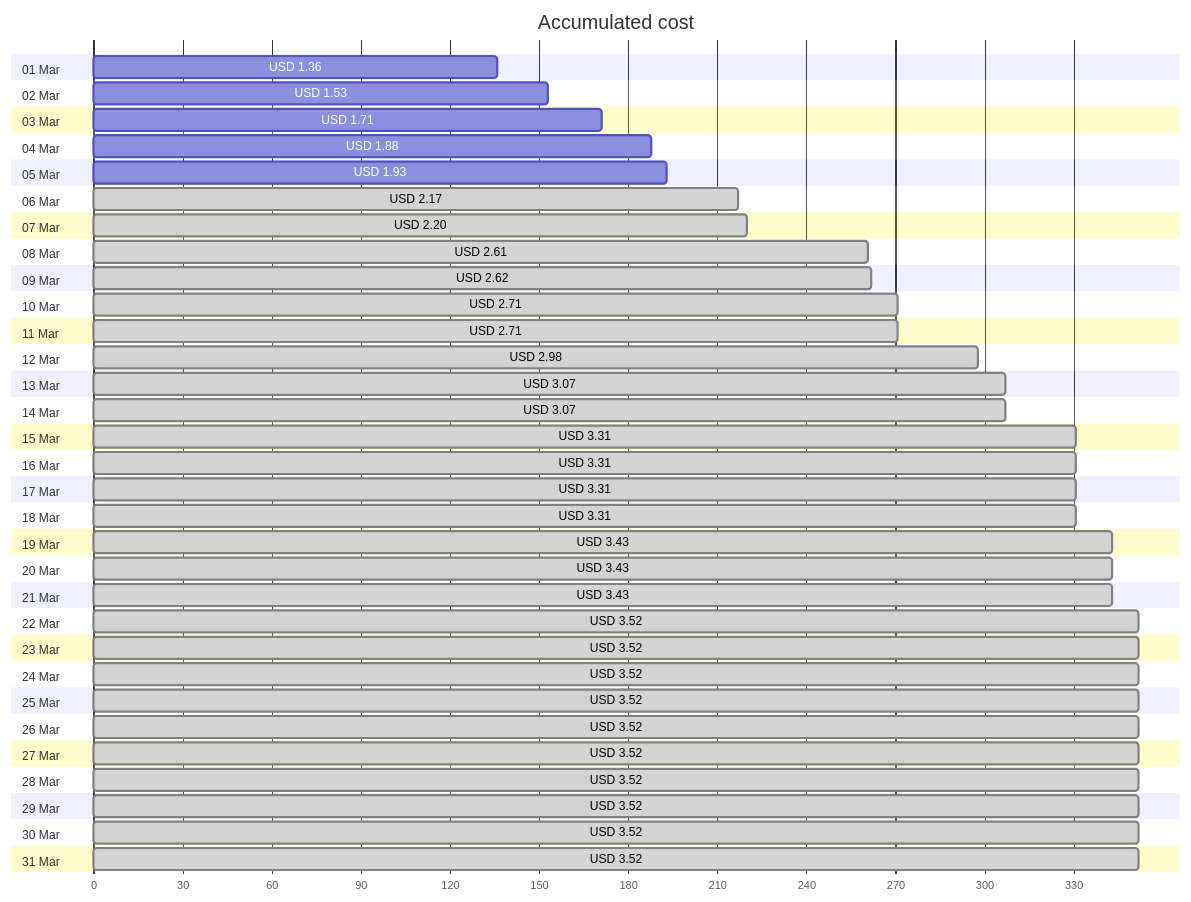
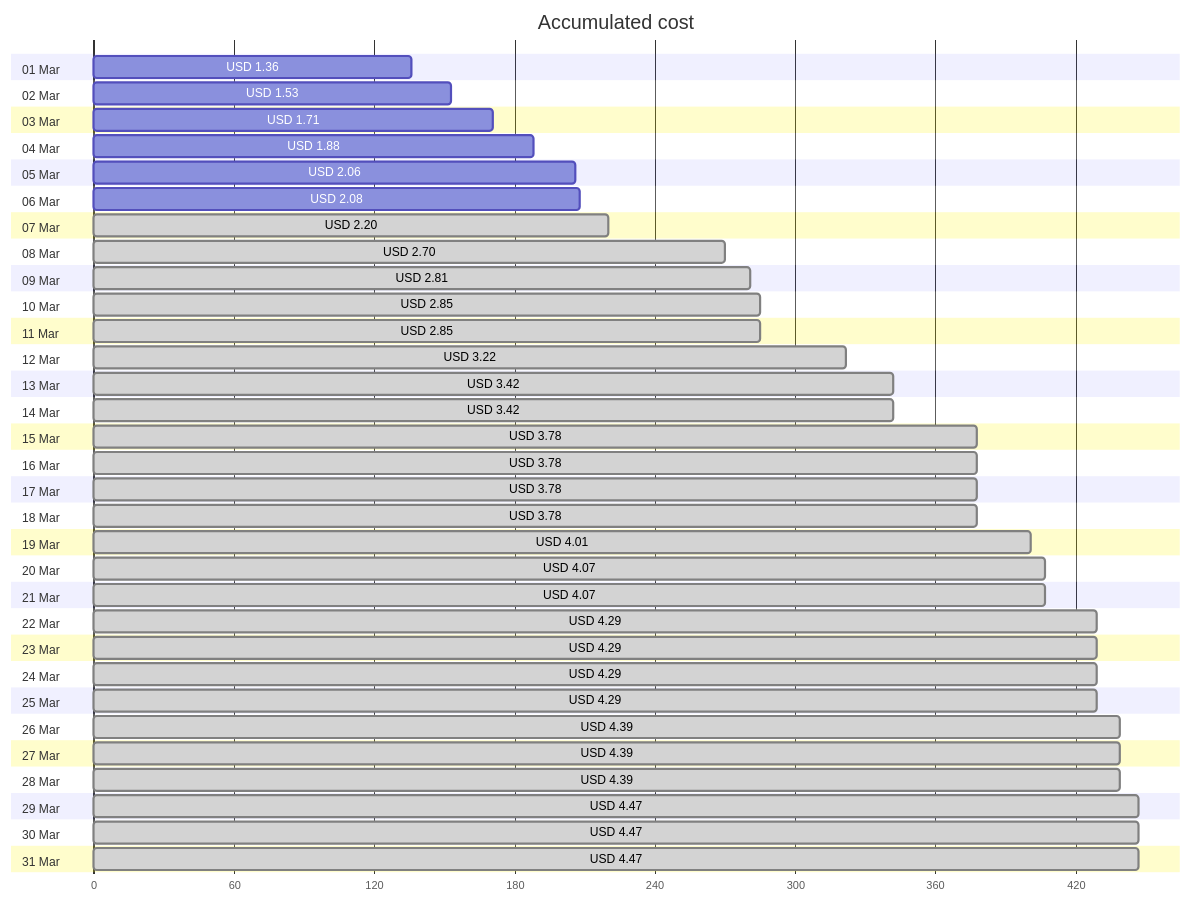
The first of 4 diagrams in cost-reports/personal-network/vpn-server.md (jpfulton/azure-personal-reports), drawn with Mermaid before and after one commit. The commit also changed other lines of this file and 8 other files, not shown here.

````diff
--- a/cost-reports/personal-network/vpn-server.md
+++ b/cost-reports/personal-network/vpn-server.md
@@ -20,68 +20,68 @@
 ```mermaid
 gantt
    title Accumulated cost
    dateFormat  X
    axisFormat %s
    section 01 Mar
    USD 1.36 :0, 136
    section 02 Mar
    USD 1.53 :0, 153
    section 03 Mar
    USD 1.71 :0, 171
    section 04 Mar
    USD 1.88 :0, 188
    section 05 Mar
-   USD 1.93 :0, 193
+   USD 2.06 :0, 206
    section 06 Mar
-   USD 2.17 : done, 0, 217
+   USD 2.08 :0, 208
    section 07 Mar
    USD 2.20 : done, 0, 220
    section 08 Mar
-   USD 2.61 : done, 0, 261
+   USD 2.70 : done, 0, 270
    section 09 Mar
-   USD 2.62 : done, 0, 262
+   USD 2.81 : done, 0, 281
    section 10 Mar
-   USD 2.71 : done, 0, 271
+   USD 2.85 : done, 0, 285
    section 11 Mar
-   USD 2.71 : done, 0, 271
+   USD 2.85 : done, 0, 285
    section 12 Mar
-   USD 2.98 : done, 0, 298
+   USD 3.22 : done, 0, 322
    section 13 Mar
-   USD 3.07 : done, 0, 307
+   USD 3.42 : done, 0, 342
    section 14 Mar
-   USD 3.07 : done, 0, 307
+   USD 3.42 : done, 0, 342
    section 15 Mar
-   USD 3.31 : done, 0, 331
+   USD 3.78 : done, 0, 378
    section 16 Mar
-   USD 3.31 : done, 0, 331
+   USD 3.78 : done, 0, 378
    section 17 Mar
-   USD 3.31 : done, 0, 331
+   USD 3.78 : done, 0, 378
    section 18 Mar
-   USD 3.31 : done, 0, 331
+   USD 3.78 : done, 0, 378
    section 19 Mar
-   USD 3.43 : done, 0, 343
+   USD 4.01 : done, 0, 401
    section 20 Mar
-   USD 3.43 : done, 0, 343
+   USD 4.07 : done, 0, 407
    section 21 Mar
-   USD 3.43 : done, 0, 343
+   USD 4.07 : done, 0, 407
    section 22 Mar
-   USD 3.52 : done, 0, 352
+   USD 4.29 : done, 0, 429
    section 23 Mar
-   USD 3.52 : done, 0, 352
+   USD 4.29 : done, 0, 429
    section 24 Mar
-   USD 3.52 : done, 0, 352
+   USD 4.29 : done, 0, 429
    section 25 Mar
-   USD 3.52 : done, 0, 352
+   USD 4.29 : done, 0, 429
    section 26 Mar
-   USD 3.52 : done, 0, 352
+   USD 4.39 : done, 0, 439
    section 27 Mar
-   USD 3.52 : done, 0, 352
+   USD 4.39 : done, 0, 439
    section 28 Mar
-   USD 3.52 : done, 0, 352
+   USD 4.39 : done, 0, 439
    section 29 Mar
-   USD 3.52 : done, 0, 352
+   USD 4.47 : done, 0, 447
    section 30 Mar
-   USD 3.52 : done, 0, 352
+   USD 4.47 : done, 0, 447
    section 31 Mar
-   USD 3.52 : done, 0, 352
+   USD 4.47 : done, 0, 447
 ```
````
